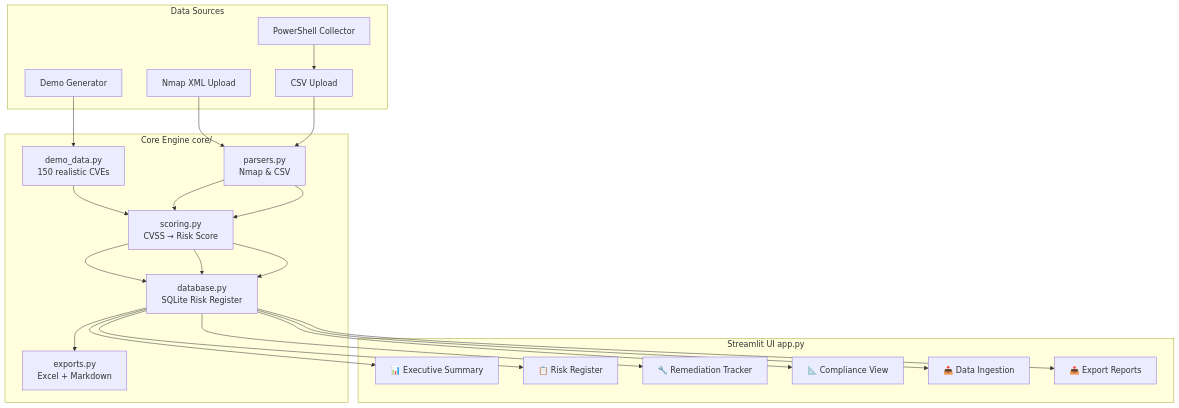
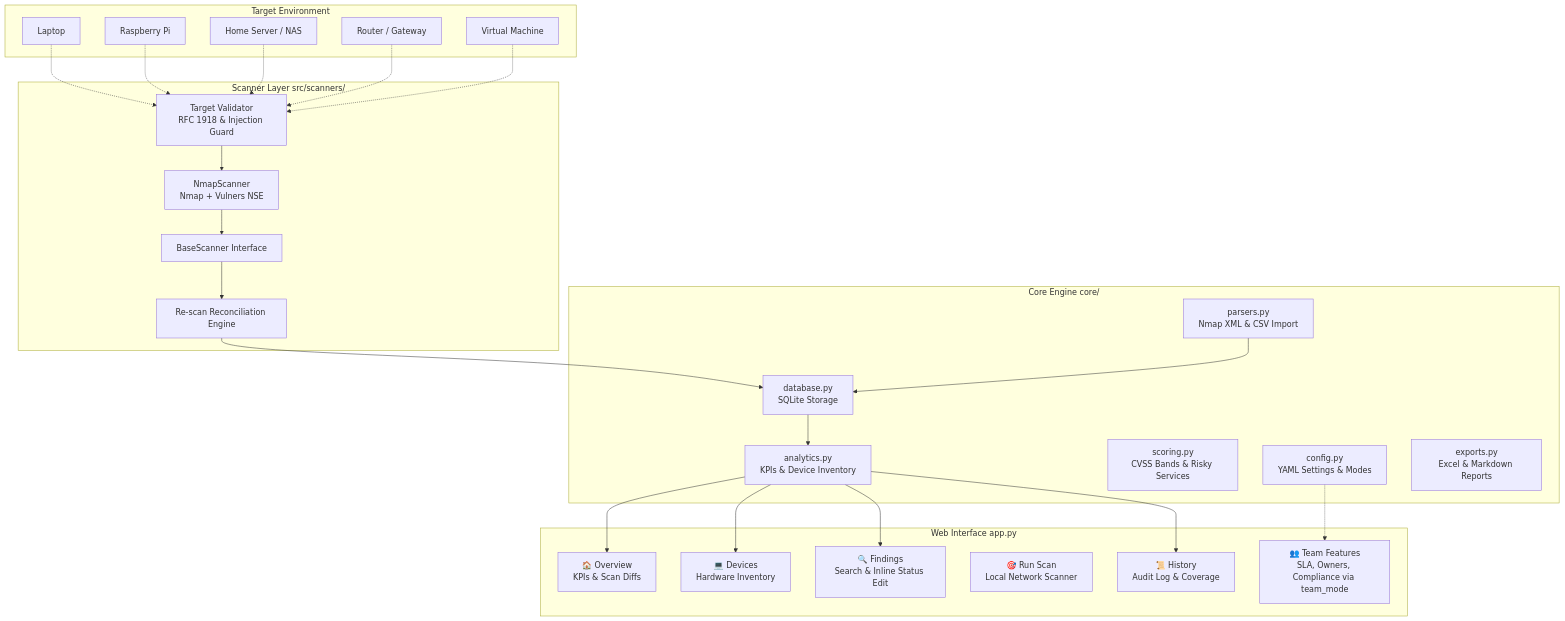
Before and after one commit to Lucid1o/VulnWatch: the diagram in README.md, drawn with Mermaid. The commit also changed other lines of this file and 21 other files, not shown here.

Commit message:
Initial commit: VulnWatch vulnerability scanner and tracker

````diff
--- a/README.md
+++ b/README.md
@@ -34,39 +23,45 @@
 ```mermaid
 graph TD
-    subgraph "Data Sources"
-        A[Demo Generator]
-        B[Nmap XML Upload]
-        C[CSV Upload]
-        D[PowerShell Collector]
+    subgraph "Target Environment"
+        A[Laptop]
+        B[Raspberry Pi]
+        C[Home Server / NAS]
+        D[Router / Gateway]
+        E[Virtual Machine]
+    end
+
+    subgraph "Scanner Layer src/scanners/"
+        F[BaseScanner Interface]
+        G[NmapScanner\nNmap + Vulners NSE]
+        H[Target Validator\nRFC 1918 & Injection Guard]
+        I[Re-scan Reconciliation Engine]
     end
 
     subgraph "Core Engine core/"
-        E[parsers.py\nNmap & CSV]
-        F[scoring.py\nCVSS → Risk Score]
-        G[database.py\nSQLite Risk Register]
-        H[demo_data.py\n150 realistic CVEs]
-        I[exports.py\nExcel + Markdown]
+        J[config.py\nYAML Settings & Modes]
+        K[scoring.py\nCVSS Bands & Risky Services]
+        L[database.py\nSQLite Storage]
+        M[analytics.py\nKPIs & Device Inventory]
+        N[parsers.py\nNmap XML & CSV Import]
+        O[exports.py\nExcel & Markdown Reports]
     end
 
-    subgraph "Streamlit UI app.py"
-        J[📊 Executive Summary]
-        K[📋 Risk Register]
-        L[🔧 Remediation Tracker]
-        M[📐 Compliance View]
-        N[📥 Data Ingestion]
-        O[📤 Export Reports]
+    subgraph "Web Interface app.py"
+        P[🏠 Overview\nKPIs & Scan Diffs]
+        Q[💻 Devices\nHardware Inventory]
+        R[🔍 Findings\nSearch & Inline Status Edit]
+        S[🎯 Run Scan\nLocal Network Scanner]
+        T[📜 History\nAudit Log & Coverage]
+        U[👥 Team Features\nSLA, Owners, Compliance via team_mode]
     end
 
-    A --> H --> F --> G
-    B --> E --> F --> G
-    C --> E --> F --> G
-    D --> C
-
-    G --> J
-    G --> K
-    G --> L
-    G --> M
-    G --> N
-    G --> O
-    G --> I
+    A & B & C & D & E -.-> H
+    H --> G
+    G --> F
+    F --> I
+    I --> L
+    N --> L
+    L --> M
+    M --> P & Q & R & T
+    J -.-> U
 ```
````
